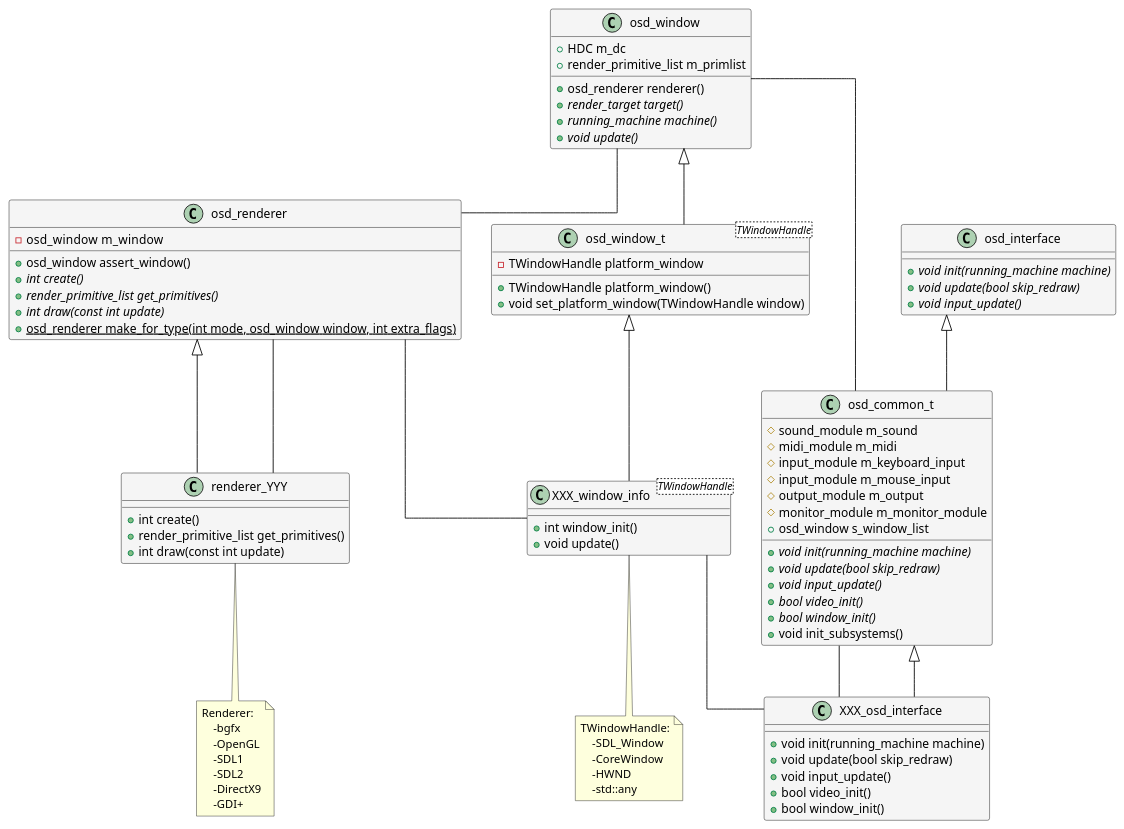
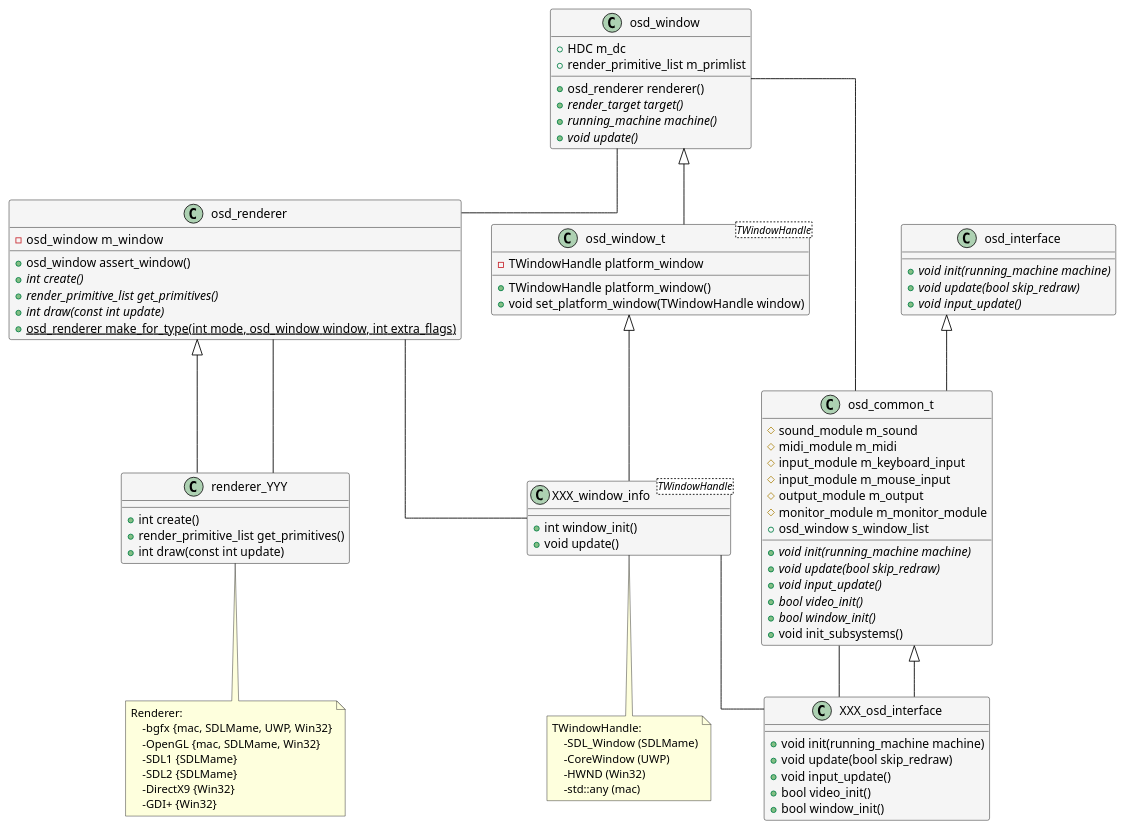
Before and after one commit to mikymaione/MAMEStreamingPlatform: the diagram in Streaming/UML/class.puml, drawn with PlantUML.

```diff
--- a/Streaming/UML/class.puml
+++ b/Streaming/UML/class.puml
@@ -1,106 +1,106 @@
 @startuml mame
 
 skinparam LineType ortho
 skinparam ArrowColor black
 skinparam Shadowing false
 
 skinparam class {
     BackgroundColor WhiteSmoke
     BorderColor black
 }
 
 class osd_renderer {
     -osd_window  m_window
     +osd_window assert_window()
     {abstract} +int create()
     {abstract} +render_primitive_list get_primitives()
     {abstract} +int draw(const int update)
     {static} +osd_renderer make_for_type(int mode, osd_window window, int extra_flags)
 }
 
 class renderer_YYY extends osd_renderer {    
     +int create()
     +render_primitive_list get_primitives()    
     +int draw(const int update)
 }
 
 osd_window -- osd_renderer
 renderer_YYY -- osd_renderer
 
 class osd_window_t<TWindowHandle> extends osd_window {
     -TWindowHandle platform_window
     +TWindowHandle platform_window()
 	+void set_platform_window(TWindowHandle window)
 }
 
 class osd_window {
     +HDC m_dc
     +render_primitive_list m_primlist
     +osd_renderer renderer()        
     {abstract} +render_target target()    
     {abstract} +running_machine machine()
     {abstract} +void update()    
 }
 
 class XXX_window_info<TWindowHandle> extends osd_window_t {    
     +int window_init()
     +void update()
 }
 
 osd_renderer -- XXX_window_info
 osd_common_t -- XXX_osd_interface
 XXX_window_info -- XXX_osd_interface
 
 class XXX_osd_interface extends osd_common_t {
     +void init(running_machine machine)
     +void update(bool skip_redraw)
     +void input_update()
     +bool video_init()
     +bool window_init()
 }
 
 osd_window -- osd_common_t
 
 class osd_interface {
 	{abstract} +void init(running_machine machine)
 	{abstract} +void update(bool skip_redraw)
 	{abstract} +void input_update()
 }
 
 class osd_common_t extends osd_interface {
     #sound_module m_sound
     #midi_module m_midi
     #input_module m_keyboard_input
     #input_module m_mouse_input 
     #output_module m_output
     #monitor_module m_monitor_module
     +osd_window s_window_list
     {abstract} + void init(running_machine machine)
     {abstract} + void update(bool skip_redraw)
     {abstract} + void input_update()
     {abstract} +bool video_init()
     {abstract} +bool window_init()
     +void init_subsystems()
 }
 
 note bottom of XXX_window_info
 TWindowHandle:
-    -SDL_Window
-    -CoreWindow
-    -HWND
-    -std::any
+    -SDL_Window (SDLMame)
+    -CoreWindow (UWP)
+    -HWND (Win32)
+    -std::any (mac)
 end note
 
 note bottom of renderer_YYY
 Renderer:
-    -bgfx
-    -OpenGL
-    -SDL1
-    -SDL2
-    -DirectX9
-    -GDI+
+    -bgfx {mac, SDLMame, UWP, Win32}
+    -OpenGL {mac, SDLMame, Win32}
+    -SDL1 {SDLMame}
+    -SDL2 {SDLMame}
+    -DirectX9 {Win32}
+    -GDI+ {Win32}
 end note
 
 ' class osd_stream #Lavender
 
 @enduml
```
